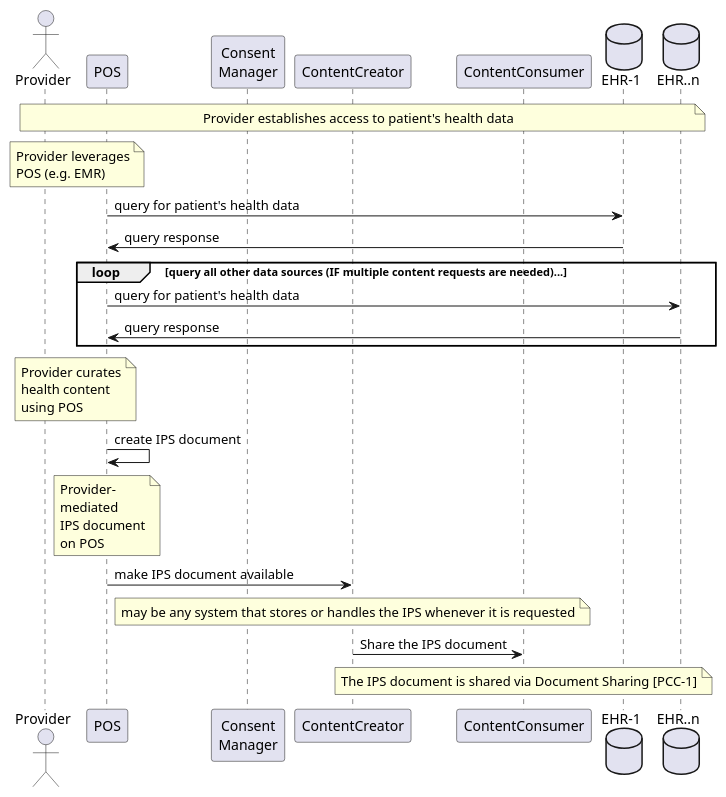
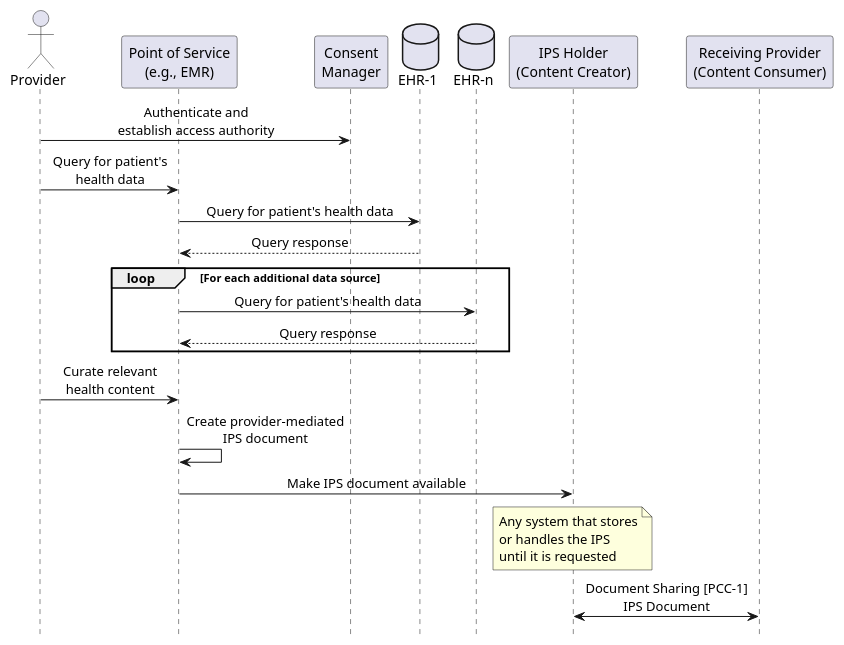
Before and after one commit to IHE/PCC.FIIO: the diagram in input/images-source/ips-usecase5-processflow.plantuml, drawn with PlantUML. The commit also changed 33 other files, not shown here.

```diff
--- a/input/images-source/ips-usecase5-processflow.plantuml
+++ b/input/images-source/ips-usecase5-processflow.plantuml
@@ -1,34 +1,29 @@
 @startuml
-actor Provider as pr
+skinparam svgDimensionStyle false
+skinparam shadowing false
+skinparam defaultFontName Arial
+skinparam sequenceMessageAlign center
+hide footbox
 
-participant POS as p
+actor "Provider" as pr
+participant "Point of Service\n(e.g., EMR)" as p
 participant "Consent\nManager" as c
-participant "ContentCreator" as contentCreator
-participant "ContentConsumer" as contentConsumer
+database "EHR-1" as e1
+database "EHR-n" as en
+participant "IPS Holder\n(Content Creator)" as creator
+participant "Receiving Provider\n(Content Consumer)" as consumer
 
-database "EHR-1" as e1
-database "EHR..n" as en
-
-note over pr, en: Provider establishes access to patient's health data​
-note over pr, p: Provider leverages\nPOS (e.g. EMR)​
-
-p -> e1: query for patient's health data​
-
-e1 -> p: query response​
-loop query all other data sources (IF multiple content requests are needed)...
-
-p -> en: query for patient's health data​
-en -> p: query response​
-
-end loop
-note over pr, p: Provider curates\nhealth content\nusing POS​
-
-p -> p: create IPS document​
-note over p: Provider-\nmediated\nIPS document\non POS​
-
-p -> contentCreator: make IPS document available
-note over contentCreator: may be any system that stores or handles the IPS whenever it is requested 
-
-contentCreator -> contentConsumer: Share the IPS document
-note over contentConsumer: The IPS document is shared via Document Sharing [PCC-1] 
+pr -> c : Authenticate and\nestablish access authority
+pr -> p : Query for patient's\nhealth data
+p -> e1 : Query for patient's health data
+e1 --> p : Query response
+loop For each additional data source
+p -> en : Query for patient's health data
+en --> p : Query response
+end
+pr -> p : Curate relevant\nhealth content
+p -> p : Create provider-mediated\nIPS document
+p -> creator : Make IPS document available
+note over creator : Any system that stores\nor handles the IPS\nuntil it is requested
+creator <-> consumer : Document Sharing [PCC-1]\nIPS Document
 @enduml
```
